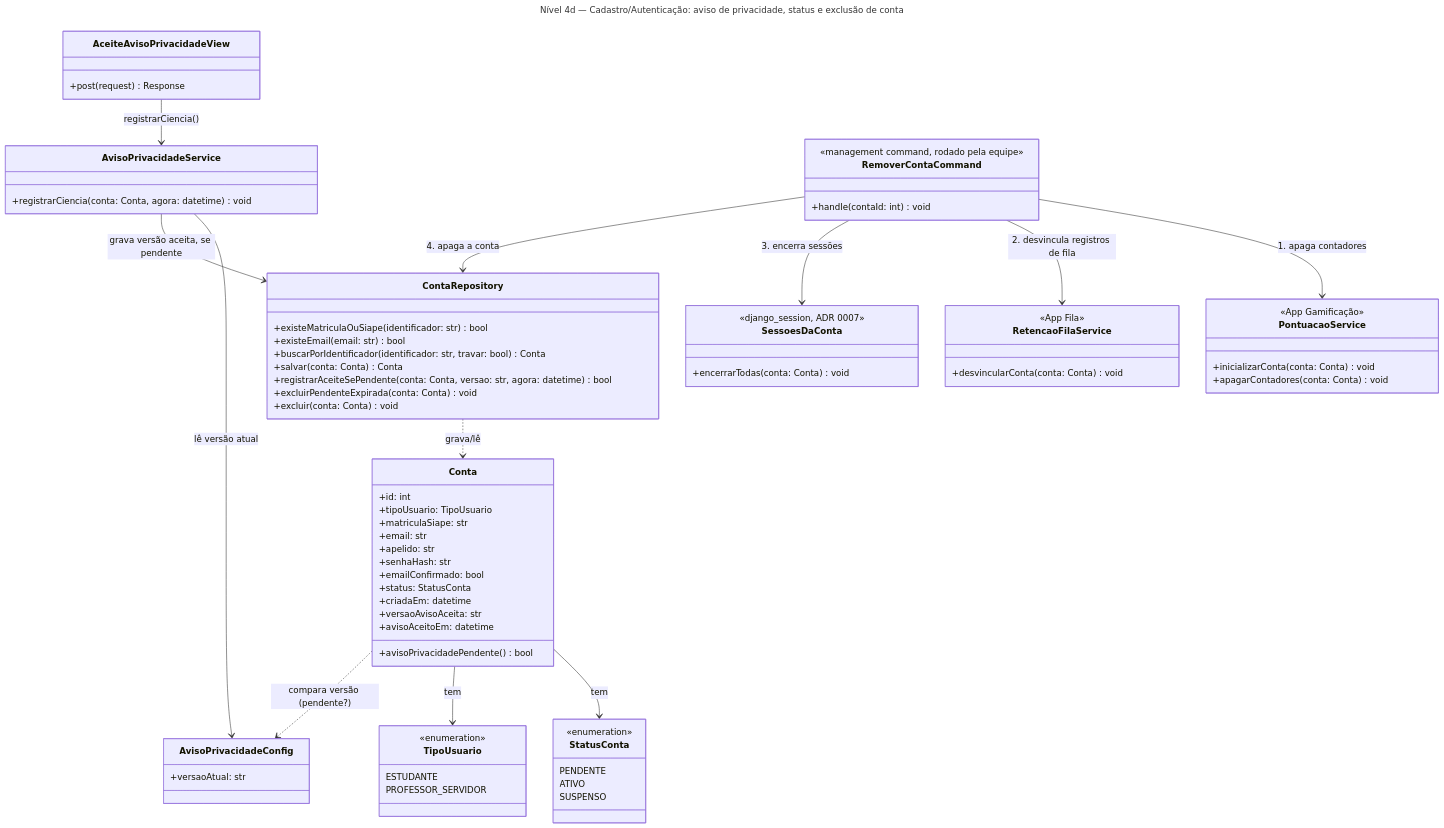
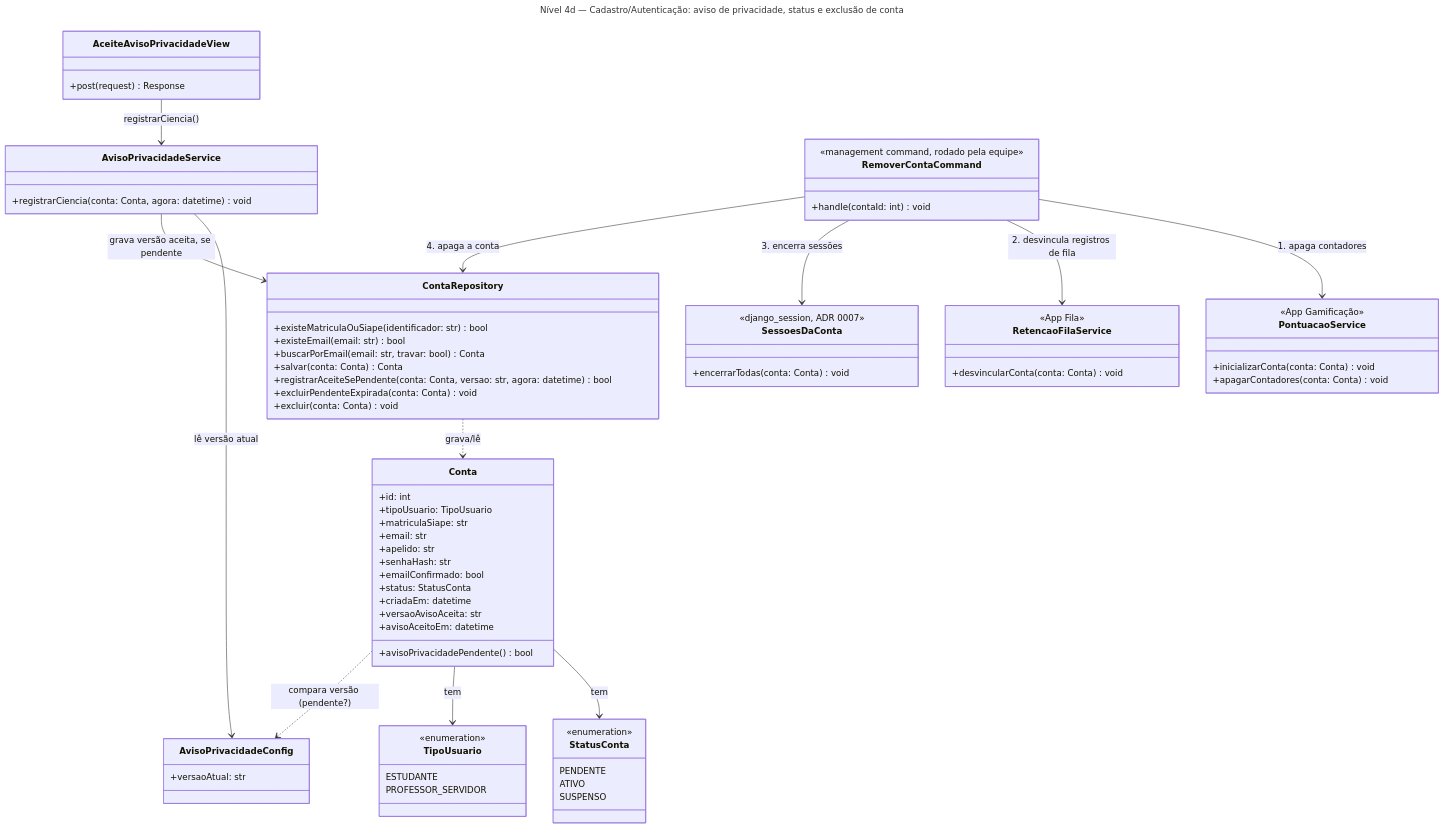
Before and after one commit to unb-mds/2026-2-Bandejao-UnB: the fourth of 4 diagrams in docs/arquitetura/backend/c4-nivel-4-cadastro-autenticacao.md, drawn with Mermaid. The commit also changed other lines of this file and 13 other files, not shown here.

````diff
--- a/docs/arquitetura/backend/c4-nivel-4-cadastro-autenticacao.md
+++ b/docs/arquitetura/backend/c4-nivel-4-cadastro-autenticacao.md
@@ -558,78 +574,78 @@
 ```mermaid
 ---
 title: "Nível 4d — Cadastro/Autenticação: aviso de privacidade, status e exclusão de conta"
 ---
 classDiagram
   class Conta {
     +id: int
     +tipoUsuario: TipoUsuario
     +matriculaSiape: str
     +email: str
     +apelido: str
     +senhaHash: str
     +emailConfirmado: bool
     +status: StatusConta
     +criadaEm: datetime
     +versaoAvisoAceita: str
     +avisoAceitoEm: datetime
     +avisoPrivacidadePendente() bool
   }
   class StatusConta {
     <<enumeration>>
     PENDENTE
     ATIVO
     SUSPENSO
   }
   class TipoUsuario {
     <<enumeration>>
     ESTUDANTE
     PROFESSOR_SERVIDOR
   }
   class AceiteAvisoPrivacidadeView {
     +post(request) Response
   }
   class AvisoPrivacidadeService {
     +registrarCiencia(conta: Conta, agora: datetime) void
   }
   class AvisoPrivacidadeConfig {
     +versaoAtual: str
   }
   class ContaRepository {
     +existeMatriculaOuSiape(identificador: str) bool
     +existeEmail(email: str) bool
-    +buscarPorIdentificador(identificador: str, travar: bool) Conta
+    +buscarPorEmail(email: str, travar: bool) Conta
     +salvar(conta: Conta) Conta
     +registrarAceiteSePendente(conta: Conta, versao: str, agora: datetime) bool
     +excluirPendenteExpirada(conta: Conta) void
     +excluir(conta: Conta) void
   }
   class RemoverContaCommand {
     <<management command, rodado pela equipe>>
     +handle(contaId: int) void
   }
   class SessoesDaConta {
     <<django_session, ADR 0007>>
     +encerrarTodas(conta: Conta) void
   }
   class PontuacaoService {
     <<App Gamificação>>
     +inicializarConta(conta: Conta) void
     +apagarContadores(conta: Conta) void
   }
   class RetencaoFilaService {
     <<App Fila>>
     +desvincularConta(conta: Conta) void
   }
 
   Conta --> StatusConta : tem
   RemoverContaCommand --> PontuacaoService : 1. apaga contadores
   RemoverContaCommand --> RetencaoFilaService : 2. desvincula registros de fila
   RemoverContaCommand --> SessoesDaConta : 3. encerra sessões
   RemoverContaCommand --> ContaRepository : 4. apaga a conta
   ContaRepository ..> Conta : grava/lê
   Conta --> TipoUsuario : tem
   AceiteAvisoPrivacidadeView --> AvisoPrivacidadeService : registrarCiencia()
   AvisoPrivacidadeService --> AvisoPrivacidadeConfig : lê versão atual
   AvisoPrivacidadeService --> ContaRepository : grava versão aceita, se pendente
   Conta ..> AvisoPrivacidadeConfig : compara versão (pendente?)
 ```
````
